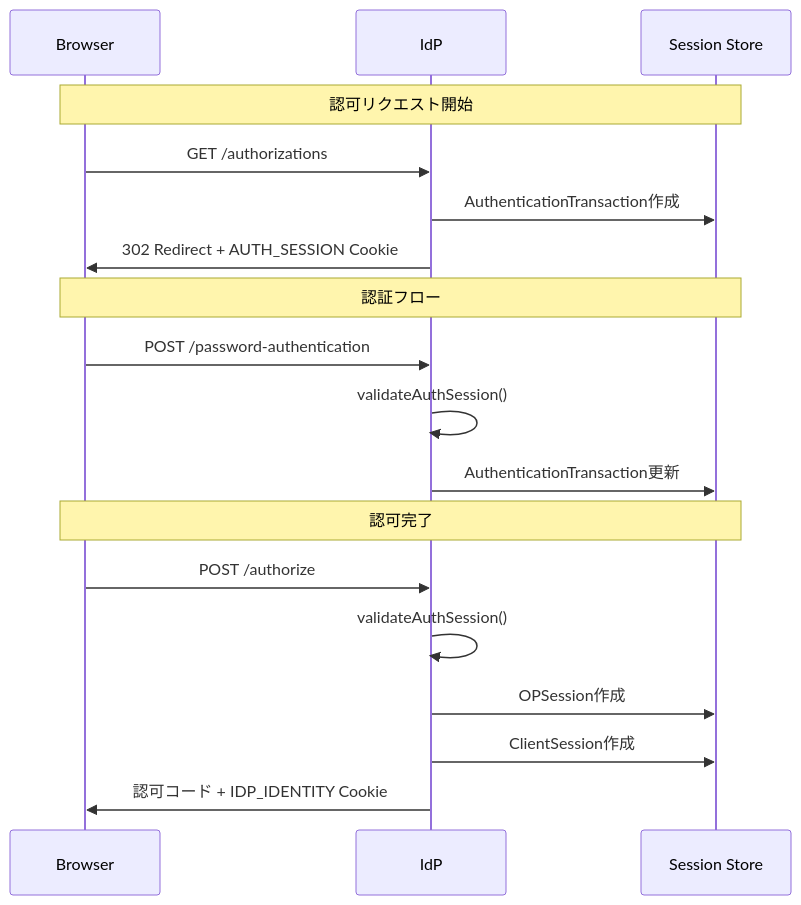
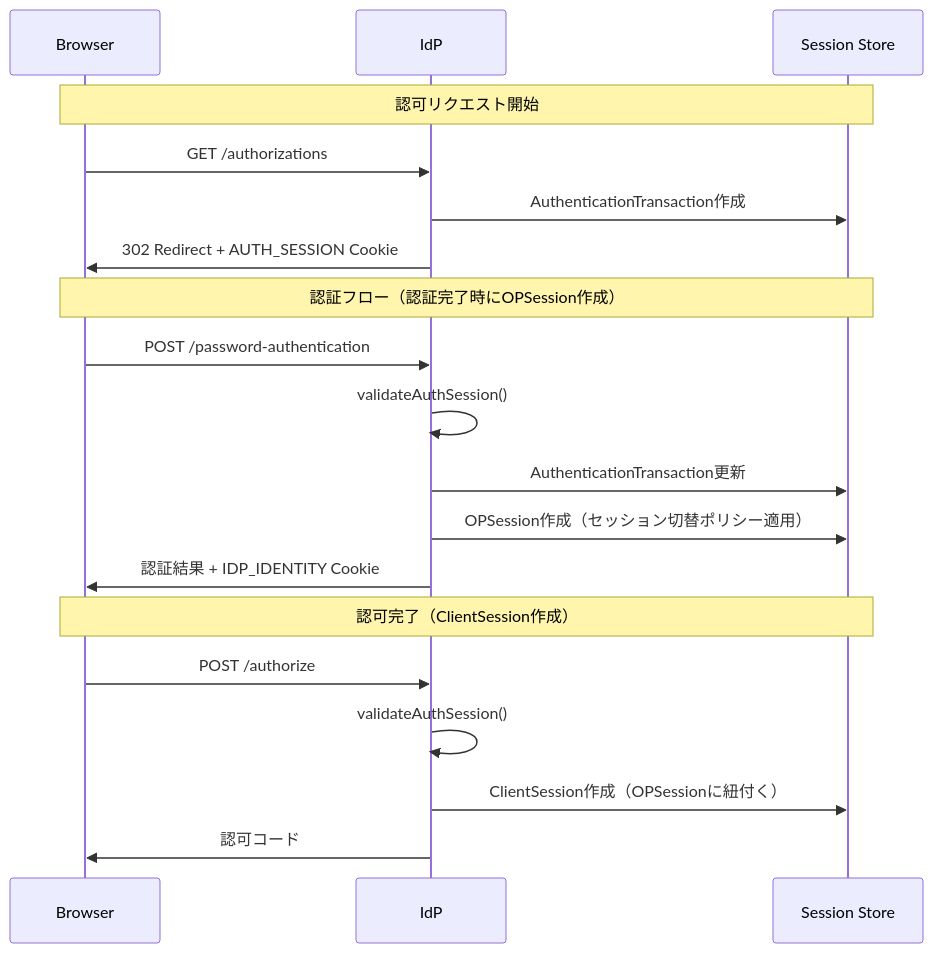
The diagram in documentation/docs/content_03_concepts/03-authentication-authorization/concept-03-session-management-security.md (hirokazu-kobayashi-koba-hiro/idp-server), drawn with Mermaid before and after one commit. The commit also changed other lines of this file, not shown here.

First line of the commit message:
docs: update session lifecycle documentation to match implementation

````diff
--- a/documentation/docs/content_03_concepts/03-authentication-authorization/concept-03-session-management-security.md
+++ b/documentation/docs/content_03_concepts/03-authentication-authorization/concept-03-session-management-security.md
@@ -184,23 +187,24 @@
 ```mermaid
 sequenceDiagram
     participant Browser
     participant IdP
     participant Session Store
 
     Note over Browser,Session Store: 認可リクエスト開始
     Browser->>IdP: GET /authorizations
     IdP->>Session Store: AuthenticationTransaction作成
     IdP->>Browser: 302 Redirect + AUTH_SESSION Cookie
 
-    Note over Browser,Session Store: 認証フロー
+    Note over Browser,Session Store: 認証フロー（認証完了時にOPSession作成）
     Browser->>IdP: POST /password-authentication
     IdP->>IdP: validateAuthSession()
     IdP->>Session Store: AuthenticationTransaction更新
+    IdP->>Session Store: OPSession作成（セッション切替ポリシー適用）
+    IdP->>Browser: 認証結果 + IDP_IDENTITY Cookie
 
-    Note over Browser,Session Store: 認可完了
+    Note over Browser,Session Store: 認可完了（ClientSession作成）
     Browser->>IdP: POST /authorize
     IdP->>IdP: validateAuthSession()
-    IdP->>Session Store: OPSession作成
-    IdP->>Session Store: ClientSession作成
-    IdP->>Browser: 認可コード + IDP_IDENTITY Cookie
+    IdP->>Session Store: ClientSession作成（OPSessionに紐付く）
+    IdP->>Browser: 認可コード
 ```
````
